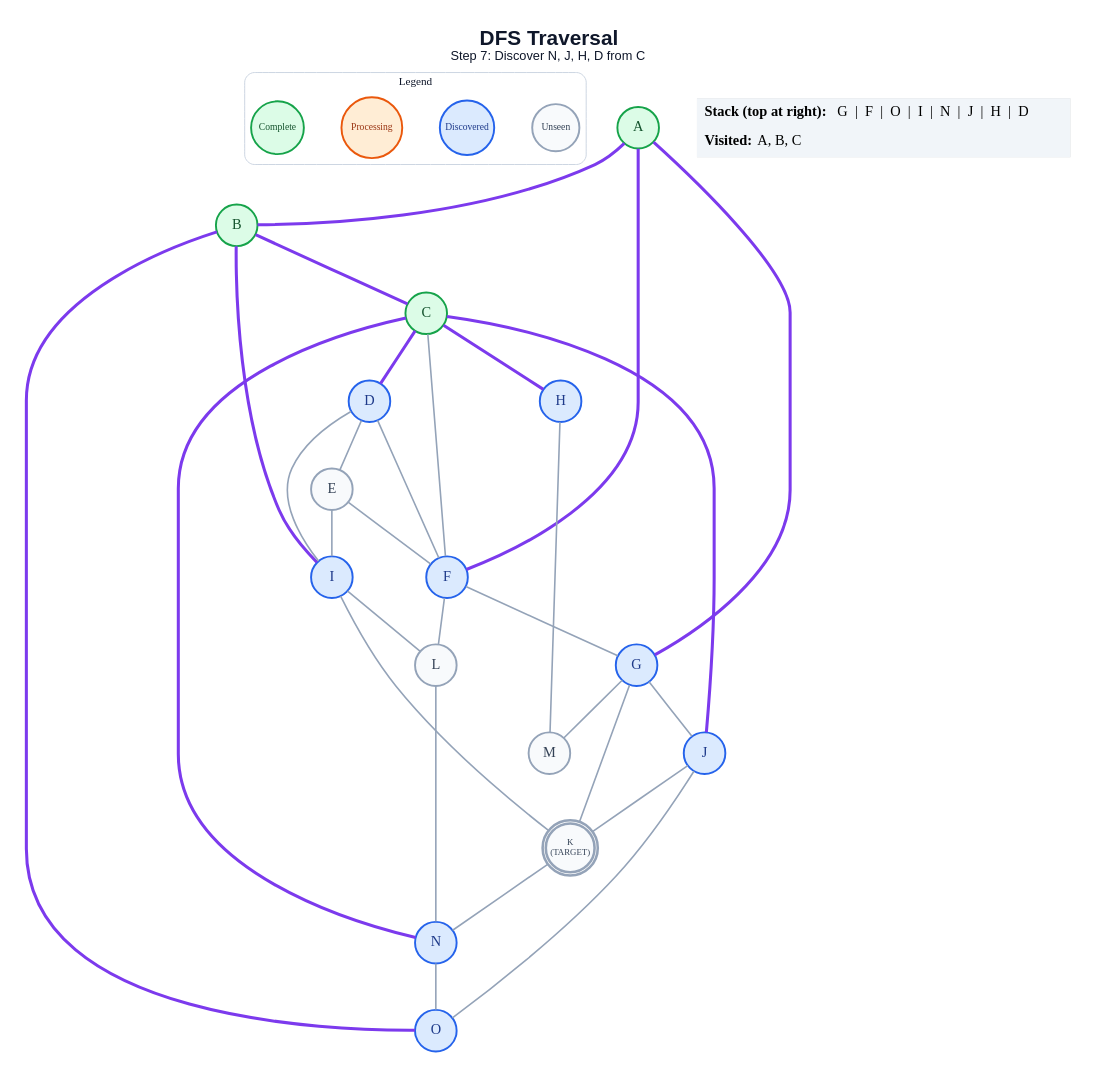
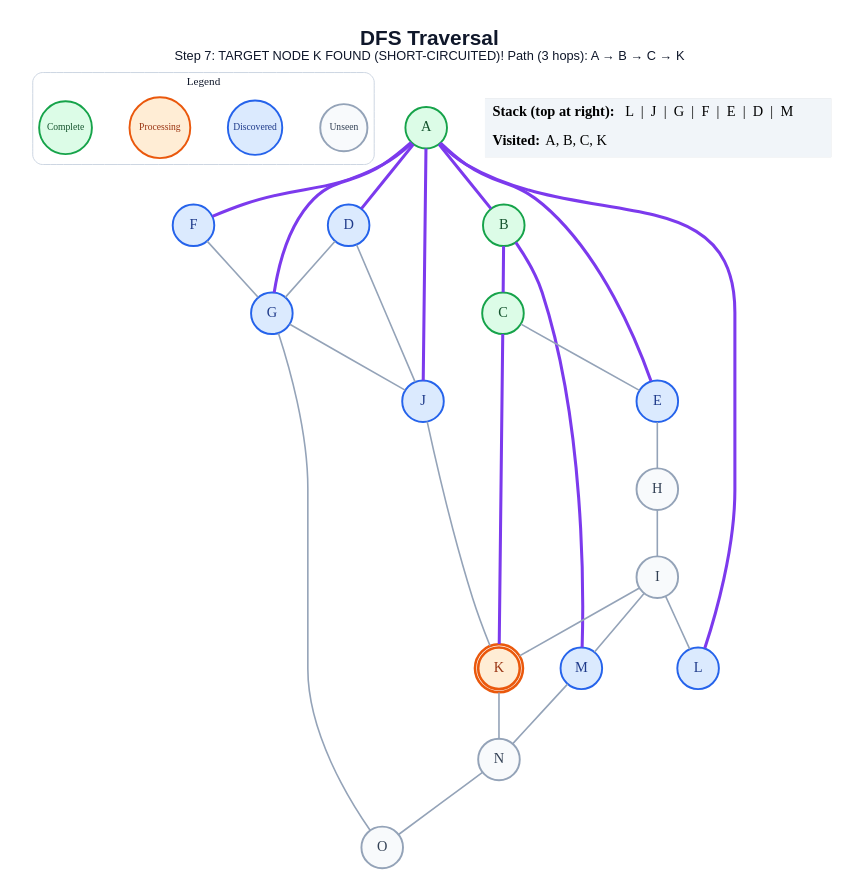
One commit to anon7238593-create/ai-slop changed the diagram in generated/short-circuit/dfs/step_07.dot. Above: the diagram before and after it, drawn with Graphviz. The commit also changed 272 other files, not shown here.

```diff
--- a/generated/short-circuit/dfs/step_07.dot
+++ b/generated/short-circuit/dfs/step_07.dot
@@ -1,63 +1,59 @@
 graph traversal {
   graph [layout=dot, rankdir=TB, bgcolor="#FFFFFF", pad="0.35", nodesep="0.65", ranksep="0.8", fontname="Arial"];
   node [shape=circle, style="filled", fontname="Arial Bold", fontsize=18, width=0.72, fixedsize=true, penwidth=2.4];
   edge [color="#94A3B8", penwidth=2.0];
-  label=<<B>DFS Traversal</B><BR/><FONT POINT-SIZE="16">Step 7: Discover N, J, H, D from C</FONT>>; labelloc="t"; fontsize=26; fontname="Arial"; fontcolor="#0F172A";
+  label=<<B>DFS Traversal</B><BR/><FONT POINT-SIZE="16">Step 7: TARGET NODE K FOUND (SHORT-CIRCUITED)! Path (3 hops): A → B → C → K</FONT>>; labelloc="t"; fontsize=26; fontname="Arial"; fontcolor="#0F172A";
   subgraph cluster_legend { label="Legend"; color="#CBD5E1"; penwidth=1.2; style="rounded"; fontsize=14; fontname="Arial Bold";
     key_unseen [label="Unseen", fillcolor="#F8FAFC", color="#94A3B8", fontcolor="#334155", fontsize=12, width=0.82];
     key_frontier [label="Discovered", fillcolor="#DBEAFE", color="#2563EB", fontcolor="#1E3A8A", fontsize=12, width=0.95];
     key_current [label="Processing", fillcolor="#FFEDD5", color="#EA580C", fontcolor="#9A3412", fontsize=12, width=1.05];
     key_done [label="Complete", fillcolor="#DCFCE7", color="#16A34A", fontcolor="#14532D", fontsize=12, width=0.92];
     { rank=same; key_unseen; key_frontier; key_current; key_done; }
   }
   A [label="A", fillcolor="#DCFCE7", color="#16A34A", fontcolor="#14532D", peripheries=1, penwidth=2.4];
   B [label="B", fillcolor="#DCFCE7", color="#16A34A", fontcolor="#14532D", peripheries=1, penwidth=2.4];
   C [label="C", fillcolor="#DCFCE7", color="#16A34A", fontcolor="#14532D", peripheries=1, penwidth=2.4];
   D [label="D", fillcolor="#DBEAFE", color="#2563EB", fontcolor="#1E3A8A", peripheries=1, penwidth=2.4];
-  E [label="E", fillcolor="#F8FAFC", color="#94A3B8", fontcolor="#334155", peripheries=1, penwidth=2.4];
+  E [label="E", fillcolor="#DBEAFE", color="#2563EB", fontcolor="#1E3A8A", peripheries=1, penwidth=2.4];
   F [label="F", fillcolor="#DBEAFE", color="#2563EB", fontcolor="#1E3A8A", peripheries=1, penwidth=2.4];
   G [label="G", fillcolor="#DBEAFE", color="#2563EB", fontcolor="#1E3A8A", peripheries=1, penwidth=2.4];
-  H [label="H", fillcolor="#DBEAFE", color="#2563EB", fontcolor="#1E3A8A", peripheries=1, penwidth=2.4];
-  I [label="I", fillcolor="#DBEAFE", color="#2563EB", fontcolor="#1E3A8A", peripheries=1, penwidth=2.4];
+  H [label="H", fillcolor="#F8FAFC", color="#94A3B8", fontcolor="#334155", peripheries=1, penwidth=2.4];
+  I [label="I", fillcolor="#F8FAFC", color="#94A3B8", fontcolor="#334155", peripheries=1, penwidth=2.4];
   J [label="J", fillcolor="#DBEAFE", color="#2563EB", fontcolor="#1E3A8A", peripheries=1, penwidth=2.4];
-  K [label="K\n(TARGET)", fillcolor="#F8FAFC", color="#94A3B8", fontcolor="#334155", peripheries=2, penwidth=3.2, fontsize=11, width=0.85, height=0.85];
-  L [label="L", fillcolor="#F8FAFC", color="#94A3B8", fontcolor="#334155", peripheries=1, penwidth=2.4];
-  M [label="M", fillcolor="#F8FAFC", color="#94A3B8", fontcolor="#334155", peripheries=1, penwidth=2.4];
-  N [label="N", fillcolor="#DBEAFE", color="#2563EB", fontcolor="#1E3A8A", peripheries=1, penwidth=2.4];
-  O [label="O", fillcolor="#DBEAFE", color="#2563EB", fontcolor="#1E3A8A", peripheries=1, penwidth=2.4];
+  K [label="K", fillcolor="#FFEDD5", color="#EA580C", fontcolor="#9A3412", peripheries=2, penwidth=3.2];
+  L [label="L", fillcolor="#DBEAFE", color="#2563EB", fontcolor="#1E3A8A", peripheries=1, penwidth=2.4];
+  M [label="M", fillcolor="#DBEAFE", color="#2563EB", fontcolor="#1E3A8A", peripheries=1, penwidth=2.4];
+  N [label="N", fillcolor="#F8FAFC", color="#94A3B8", fontcolor="#334155", peripheries=1, penwidth=2.4];
+  O [label="O", fillcolor="#F8FAFC", color="#94A3B8", fontcolor="#334155", peripheries=1, penwidth=2.4];
   A -- B [color="#7C3AED", penwidth=3.8];
+  A -- D [color="#7C3AED", penwidth=3.8];
+  A -- E [color="#7C3AED", penwidth=3.8];
   A -- F [color="#7C3AED", penwidth=3.8];
   A -- G [color="#7C3AED", penwidth=3.8];
+  A -- J [color="#7C3AED", penwidth=3.8];
+  A -- L [color="#7C3AED", penwidth=3.8];
   B -- C [color="#7C3AED", penwidth=3.8];
-  B -- I [color="#7C3AED", penwidth=3.8];
-  B -- O [color="#7C3AED", penwidth=3.8];
-  C -- D [color="#7C3AED", penwidth=3.8];
-  C -- F;
-  C -- H [color="#7C3AED", penwidth=3.8];
-  C -- J [color="#7C3AED", penwidth=3.8];
-  C -- N [color="#7C3AED", penwidth=3.8];
-  D -- E;
-  D -- F;
-  D -- I;
-  E -- F;
-  E -- I;
+  B -- M [color="#7C3AED", penwidth=3.8];
+  C -- E;
+  C -- K [color="#7C3AED", penwidth=3.8];
+  D -- G;
+  D -- J;
+  E -- H;
   F -- G;
-  F -- L;
   G -- J;
-  G -- K;
-  G -- M;
-  H -- M;
+  G -- O;
+  H -- I;
   I -- K;
   I -- L;
+  I -- M;
   J -- K;
-  J -- O;
   K -- N;
-  L -- N;
+  M -- N;
   N -- O;
   status [shape=plain, fixedsize=false, width=0, height=0, margin=0, label=<
     <TABLE BORDER="0" CELLBORDER="0" CELLPADDING="7" BGCOLOR="#F1F5F9">
-      <TR><TD ALIGN="LEFT"><B>Stack (top at right):</B> G  |  F  |  O  |  I  |  N  |  J  |  H  |  D</TD></TR>
-      <TR><TD ALIGN="LEFT"><B>Visited:</B> A, B, C</TD></TR>
+      <TR><TD ALIGN="LEFT"><B>Stack (top at right):</B> L  |  J  |  G  |  F  |  E  |  D  |  M</TD></TR>
+      <TR><TD ALIGN="LEFT"><B>Visited:</B> A, B, C, K</TD></TR>
     </TABLE>
   >];
 }
```
